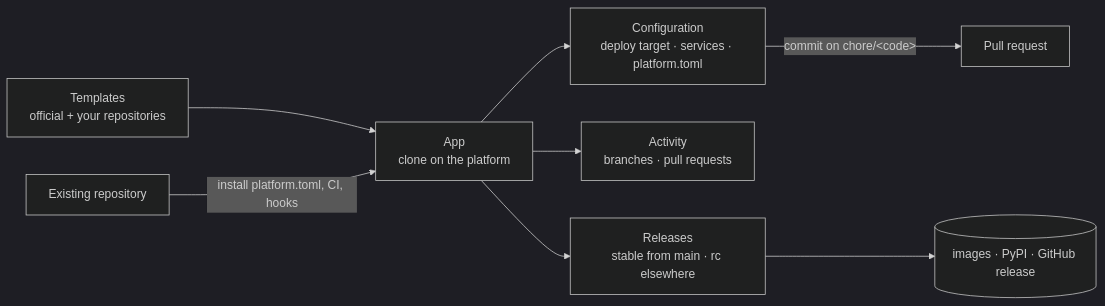
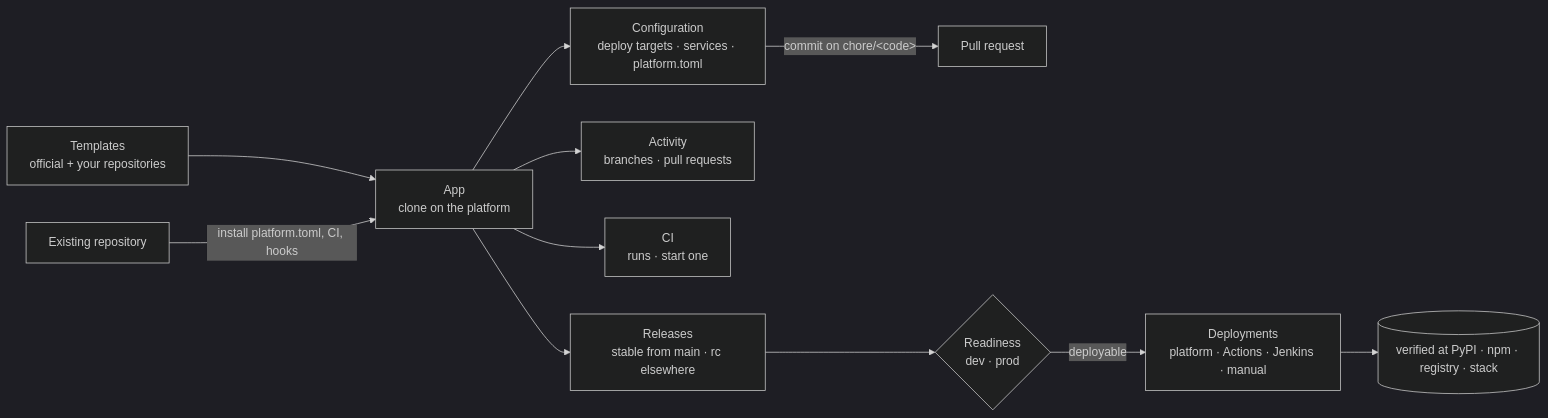
The diagram in README.md (actionplatform/action-platform), drawn with Mermaid (dark theme) before and after one commit. The commit also changed other lines of this file, not shown here.

Commit message:
docs(readme): readiness, tracked deployments, CI and the dashboard in the front door

````diff
--- a/README.md
+++ b/README.md
@@ -79,10 +80,13 @@
 ```mermaid
 flowchart LR
     T[Templates<br/>official + your repositories] --> A[App<br/>clone on the platform]
     R[Existing repository] -->|install platform.toml, CI, hooks| A
-    A --> C[Configuration<br/>deploy target · services · platform.toml]
+    A --> C[Configuration<br/>deploy targets · services · platform.toml]
     C -->|commit on chore/&lt;code&gt;| P[Pull request]
     A --> B[Activity<br/>branches · pull requests]
+    A --> W[CI<br/>runs · start one]
     A --> V[Releases<br/>stable from main · rc elsewhere]
-    V --> I[(images · PyPI · GitHub release)]
+    V --> K{Readiness<br/>dev · prod}
+    K -->|deployable| D[Deployments<br/>platform · Actions · Jenkins · manual]
+    D --> I[(verified at PyPI · npm · registry · stack)]
 ```
````
